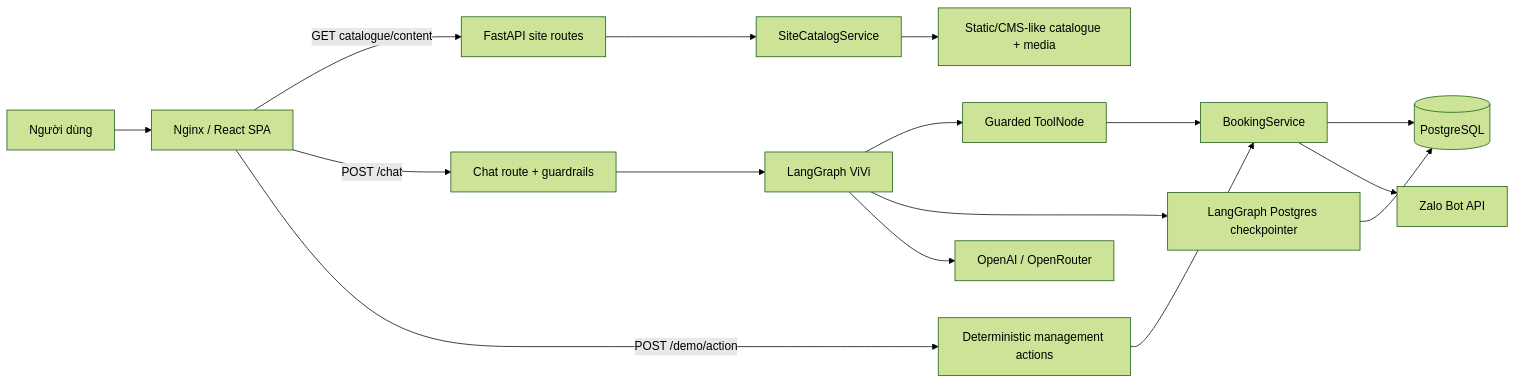
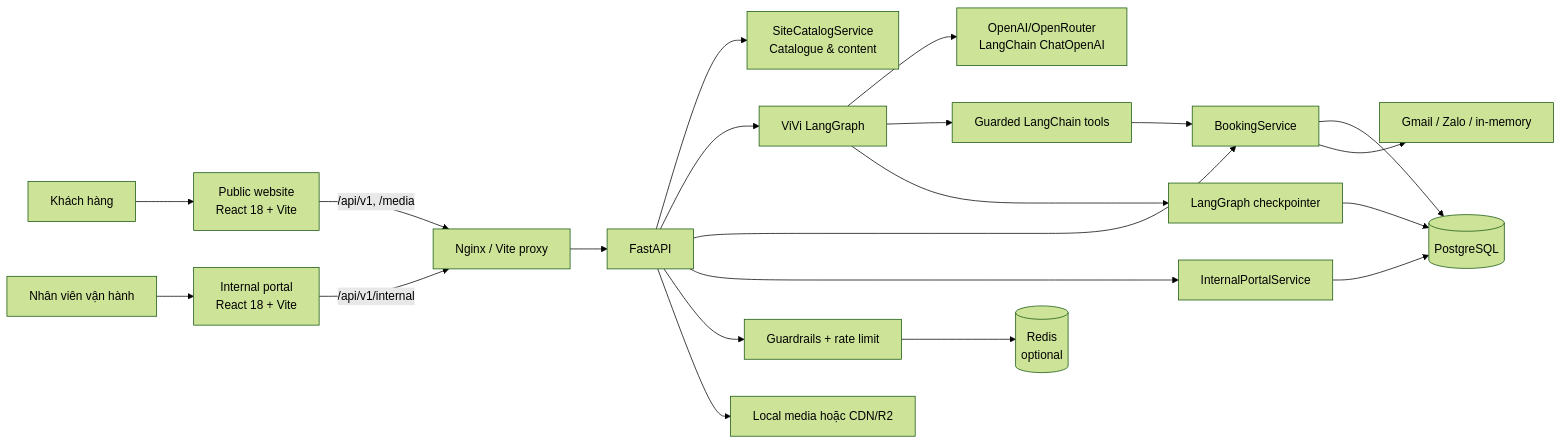
The first of 7 diagrams in ARCHITECTURE.md (haichauht/vinfast-test-drive-booking), drawn with Mermaid (forest theme) before and after one commit. The commit also changed other lines of this file and 19 other files, not shown here.

Commit message:
feat(booking): improve location and availability flow

````diff
--- a/ARCHITECTURE.md
+++ b/ARCHITECTURE.md
@@ -14,19 +9,22 @@
 ```mermaid
 flowchart LR
-    U["Người dùng"] --> N["Nginx / React SPA"]
-    N -->|"GET catalogue/content"| S["FastAPI site routes"]
-    N -->|"POST /chat"| C["Chat route + guardrails"]
-    N -->|"POST /demo/action"| D["Deterministic management actions"]
-
-    S --> SC["SiteCatalogService"]
-    C --> G["LangGraph ViVi"]
-    G --> TN["Guarded ToolNode"]
-    TN --> BS["BookingService"]
-    D --> BS
-    BS --> PG[("PostgreSQL")]
-    G --> CP["LangGraph Postgres checkpointer"]
-    CP --> PG
-    G --> LLM["OpenAI / OpenRouter"]
-    BS --> Z["Zalo Bot API"]
-    SC --> M["Static/CMS-like catalogue + media"]
+    Customer["Khách hàng"] --> Public["Public website\nReact 18 + Vite"]
+    Operator["Nhân viên vận hành"] --> Portal["Internal portal\nReact 18 + Vite"]
+    Public -->|"/api/v1, /media"| Edge["Nginx / Vite proxy"]
+    Portal -->|"/api/v1/internal"| Edge
+    Edge --> API["FastAPI"]
+    API --> Site["SiteCatalogService\nCatalogue & content"]
+    API --> Agent["ViVi LangGraph"]
+    API --> Booking["BookingService"]
+    API --> Internal["InternalPortalService"]
+    API --> Guard["Guardrails + rate limit"]
+    Agent --> LLM["OpenAI/OpenRouter\nLangChain ChatOpenAI"]
+    Agent --> Tools["Guarded LangChain tools"] --> Booking
+    Agent --> Checkpoint["LangGraph checkpointer"]
+    Booking --> PG[("PostgreSQL")]
+    Internal --> PG
+    Checkpoint --> PG
+    Guard --> Redis[("Redis\noptional")]
+    Booking --> Notify["Gmail / Zalo / in-memory"]
+    API --> Media["Local media hoặc CDN/R2"]
 ```
````
